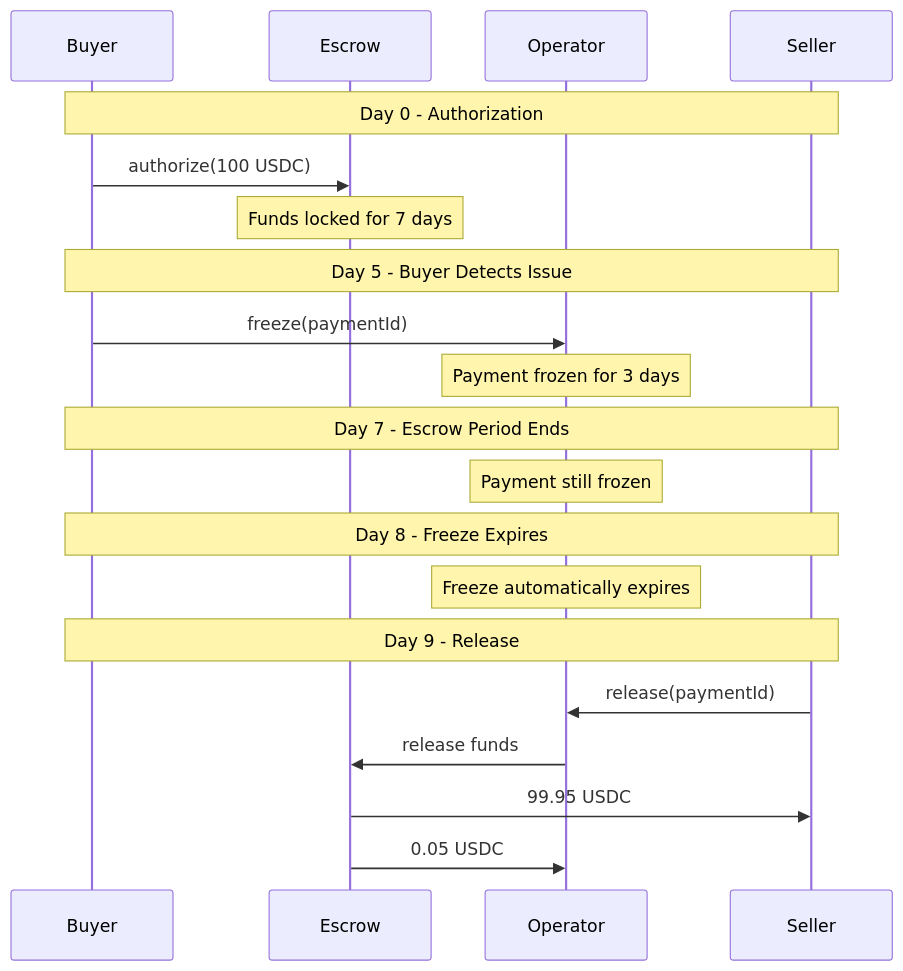
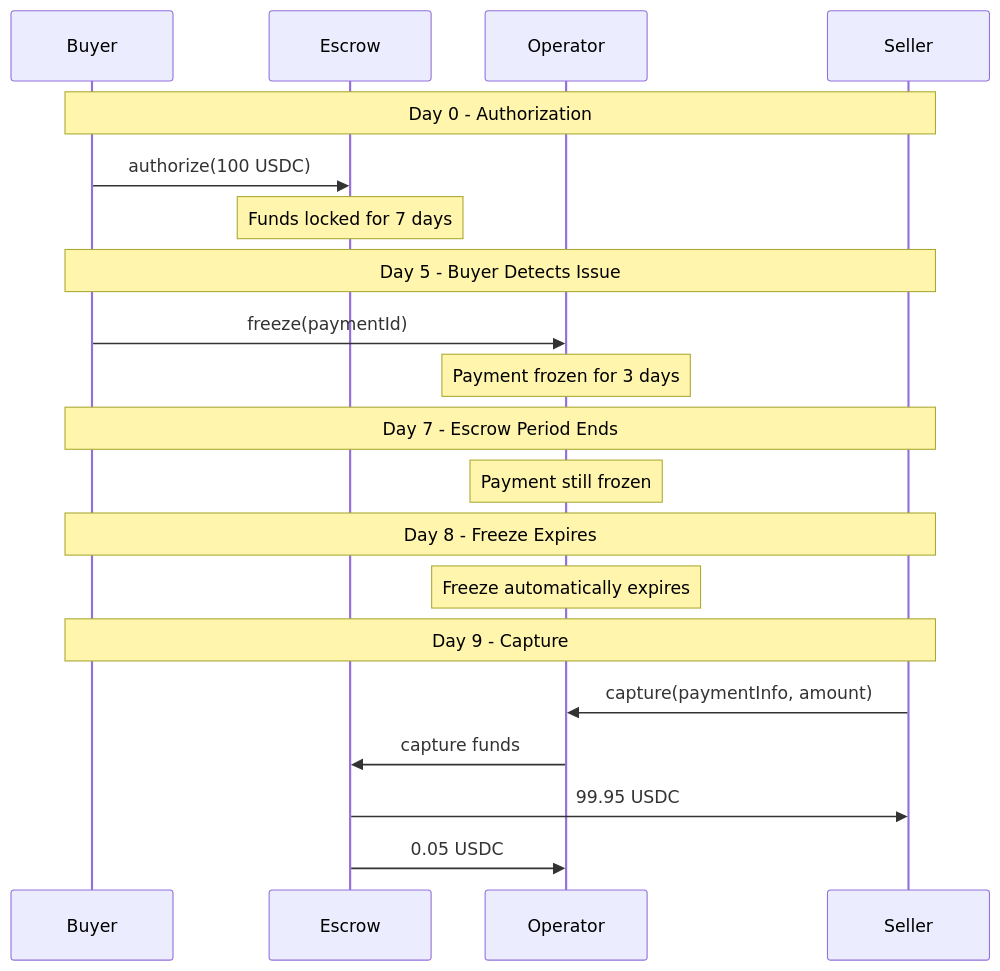
The first of 8 diagrams in contracts/examples.mdx (BackTrackCo/docs), drawn with Mermaid before and after one commit. The commit also changed other lines of this file and 78 other files, not shown here.

````diff
--- a/contracts/examples.mdx
+++ b/contracts/examples.mdx
@@ -97,27 +93,27 @@
 ```mermaid
 sequenceDiagram
     participant Buyer
     participant Escrow
     participant Operator
     participant Seller
 
     Note over Buyer,Seller: Day 0 - Authorization
     Buyer->>Escrow: authorize(100 USDC)
     Note over Escrow: Funds locked for 7 days
 
     Note over Buyer,Seller: Day 5 - Buyer Detects Issue
     Buyer->>Operator: freeze(paymentId)
     Note over Operator: Payment frozen for 3 days
 
     Note over Buyer,Seller: Day 7 - Escrow Period Ends
     Note over Operator: Payment still frozen
 
     Note over Buyer,Seller: Day 8 - Freeze Expires
     Note over Operator: Freeze automatically expires
 
-    Note over Buyer,Seller: Day 9 - Release
-    Seller->>Operator: release(paymentId)
-    Operator->>Escrow: release funds
+    Note over Buyer,Seller: Day 9 - Capture
+    Seller->>Operator: capture(paymentInfo, amount)
+    Operator->>Escrow: capture funds
     Escrow->>Seller: 99.95 USDC
     Escrow->>Operator: 0.05 USDC
 ```
````
